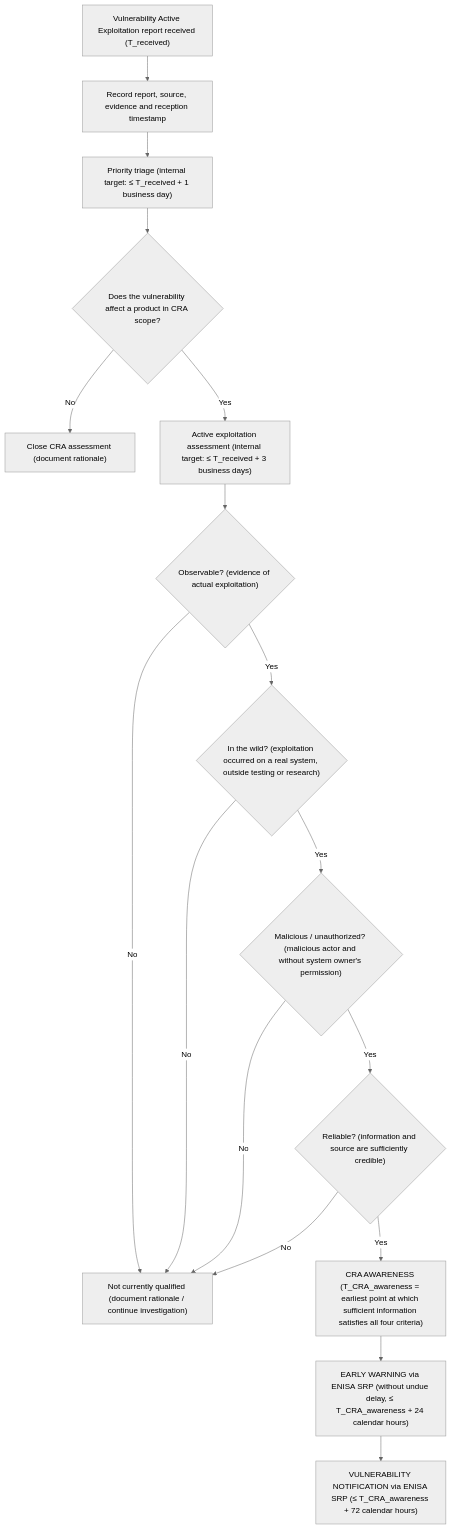
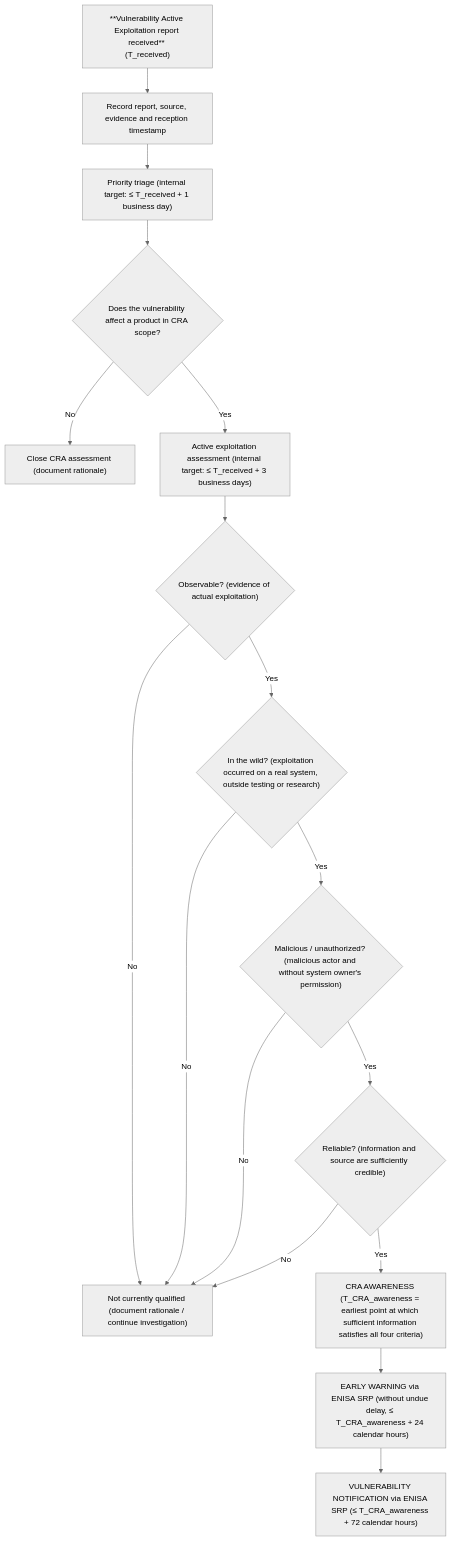
One commit to rfoucard/cra-fast-track changed the diagram in templates/actively-exploited-vulnerability-process.md. Above: the diagram before and after it, drawn with Mermaid (neutral theme).

````diff
--- a/templates/actively-exploited-vulnerability-process.md
+++ b/templates/actively-exploited-vulnerability-process.md
@@ -15,31 +15,31 @@
 ```mermaid
 flowchart TD
 
-    A["Vulnerability Active Exploitation report received \n(T_received)"] --> B["Record report, source, evidence and reception timestamp"]
+    A["**Vulnerability Active Exploitation report received** \n(T_received)"] --> B["Record report, source, evidence and reception timestamp"]
 
     B --> C["Priority triage (internal target: ≤ T_received + 1 business day)"]
 
     C --> D{"Does the vulnerability affect a product in CRA scope?"}
 
     D -- "No" --> X["Close CRA assessment (document rationale)"]
 
     D -- "Yes" --> E["Active exploitation assessment (internal target: ≤ T_received + 3 business days)"]
 
     E --> F{"Observable? (evidence of actual exploitation)"}
 
     F -- "No" --> Y["Not currently qualified (document rationale / continue investigation)"]
     F -- "Yes" --> G{"In the wild? (exploitation occurred on a real system, outside testing or research)"}
 
     G -- "No" --> Y
     G -- "Yes" --> H{"Malicious / unauthorized? (malicious actor and without system owner's permission)"}
 
     H -- "No" --> Y
     H -- "Yes" --> I{"Reliable? (information and source are sufficiently credible)"}
 
     I -- "No" --> Y
     I -- "Yes" --> L["CRA AWARENESS (T_CRA_awareness = earliest point at which sufficient information satisfies all four criteria)"]
 
     L --> M["EARLY WARNING via ENISA SRP (without undue delay, ≤ T_CRA_awareness + 24 calendar hours)"]
 
     M --> N["VULNERABILITY NOTIFICATION via ENISA SRP (≤ T_CRA_awareness + 72 calendar hours)"]
 ```
````
